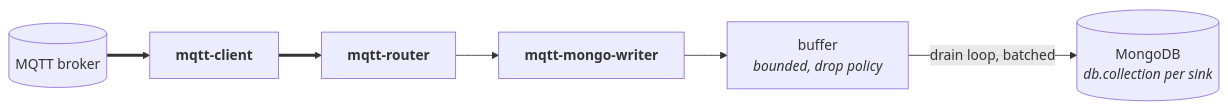
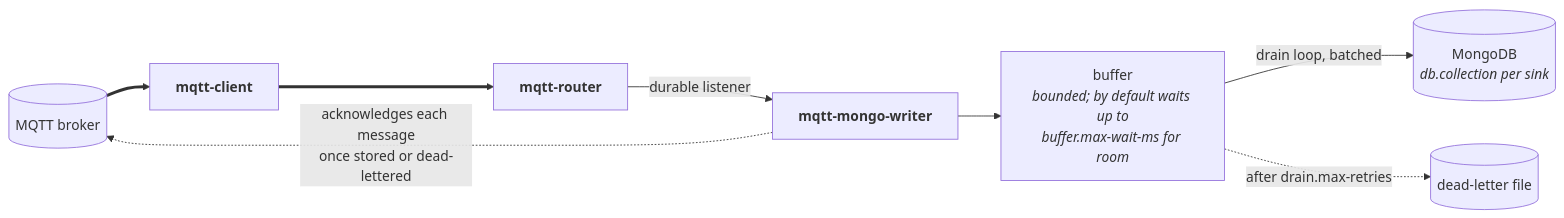
One commit to SoftInstigate/restheart changed the fifth of 5 diagrams in mqtt/README.md. Above: the diagram before and after it, drawn with Mermaid. The commit also changed other lines of this file and 1 other file, not shown here.

First line of the commit message:
docs(mqtt): align the README with the code before asking for community feedback

````diff
--- a/mqtt/README.md
+++ b/mqtt/README.md
@@ -189,7 +204,9 @@
 ```mermaid
 flowchart LR
     broker[("MQTT broker")] ==> client["<b>mqtt-client</b>"] ==> router["<b>mqtt-router</b>"]
-    router --> writer["<b>mqtt-mongo-writer</b>"]
-    writer --> buffer["buffer<br><i>bounded, drop policy</i>"]
+    router -->|"durable listener"| writer["<b>mqtt-mongo-writer</b>"]
+    writer --> buffer["buffer<br><i>bounded; by default waits up to<br>buffer.max-wait-ms for room</i>"]
     buffer -->|"drain loop, batched"| mongo[("MongoDB<br><i>db.collection per sink</i>")]
+    buffer -.->|"after drain.max-retries"| dlq[("dead-letter file")]
+    writer -.->|"acknowledges each message<br>once stored or dead-lettered"| broker
 ```
````
